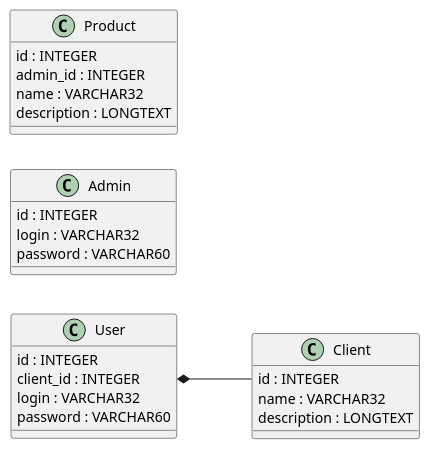
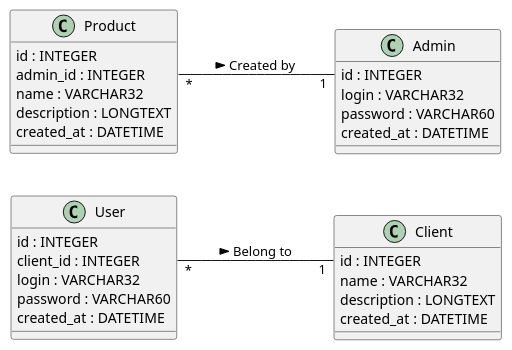
The diagram in diagrams/dbModel.puml (Xwyk/BileMo), drawn with PlantUML before and after one commit.

Commit message:
relations update

```diff
--- a/diagrams/dbModel.puml
+++ b/diagrams/dbModel.puml
@@ -1,30 +1,36 @@
 @startuml
 'https://plantuml.com/class-diagram
 
 left to right direction
 
 class User {
   id : INTEGER
   client_id : INTEGER
   login : VARCHAR32
   password : VARCHAR60
+  created_at : DATETIME
 }
 class Client{
   id : INTEGER
   name : VARCHAR32
   description : LONGTEXT
+  created_at : DATETIME
  }
 class Admin{
   id : INTEGER
   login : VARCHAR32
   password : VARCHAR60
+  created_at : DATETIME
 }
 class Product{
   id : INTEGER
   admin_id : INTEGER
   name : VARCHAR32
   description : LONGTEXT
+  created_at : DATETIME
 }
 
-User::client_id *-- Client::id
+User::client_id "*" -- "1" Client::id : Belong to >
+Product::admin_id "*" -- "1" Admin::id : Created by >
+
 @enduml
```
